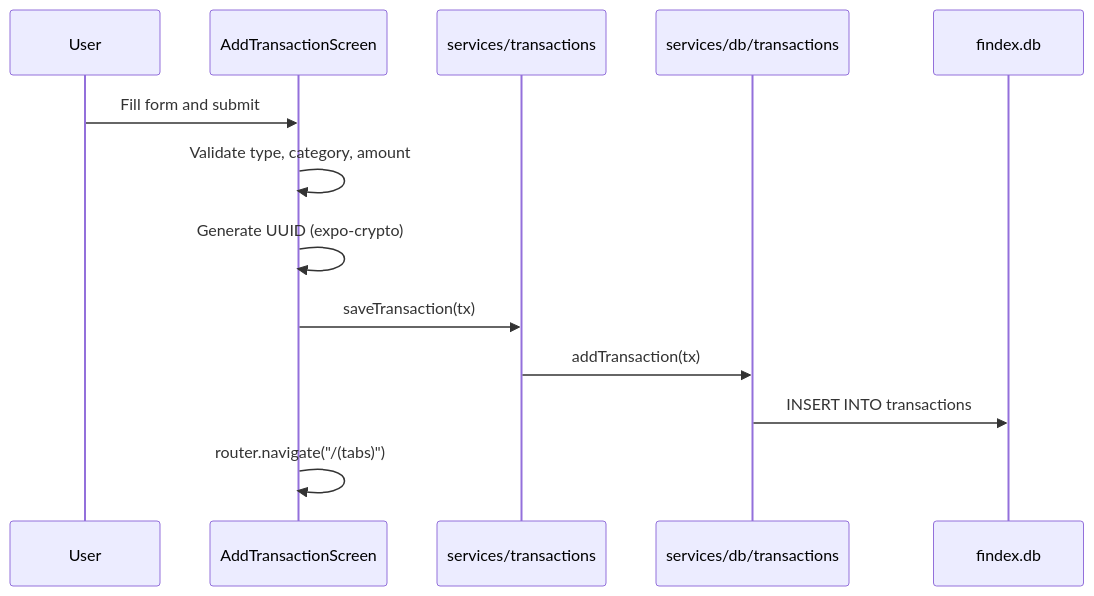
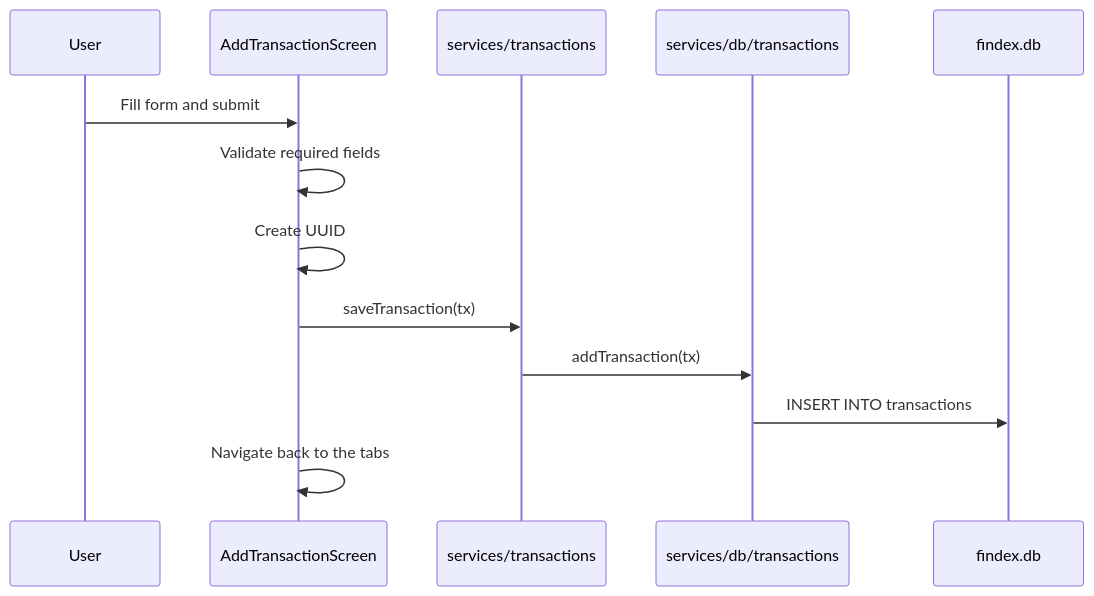
The third of 4 diagrams in docs/PROJECT_ARCHITECTURE.md (Mitko-M/FinDash), drawn with Mermaid before and after one commit. The commit also changed other lines of this file and 3 other files, not shown here.

````diff
--- a/docs/PROJECT_ARCHITECTURE.md
+++ b/docs/PROJECT_ARCHITECTURE.md
@@ -237,16 +203,16 @@
 ```mermaid
 sequenceDiagram
     participant User
-    participant AddScreen as AddTransactionScreen
+    participant Screen as AddTransactionScreen
     participant Service as services/transactions
     participant DB as services/db/transactions
     participant SQLite as findex.db
 
-    User->>AddScreen: Fill form and submit
-    AddScreen->>AddScreen: Validate type, category, amount
-    AddScreen->>AddScreen: Generate UUID (expo-crypto)
-    AddScreen->>Service: saveTransaction(tx)
+    User->>Screen: Fill form and submit
+    Screen->>Screen: Validate required fields
+    Screen->>Screen: Create UUID
+    Screen->>Service: saveTransaction(tx)
     Service->>DB: addTransaction(tx)
     DB->>SQLite: INSERT INTO transactions
-    AddScreen->>AddScreen: router.navigate("/(tabs)")
+    Screen->>Screen: Navigate back to the tabs
 ```
````
